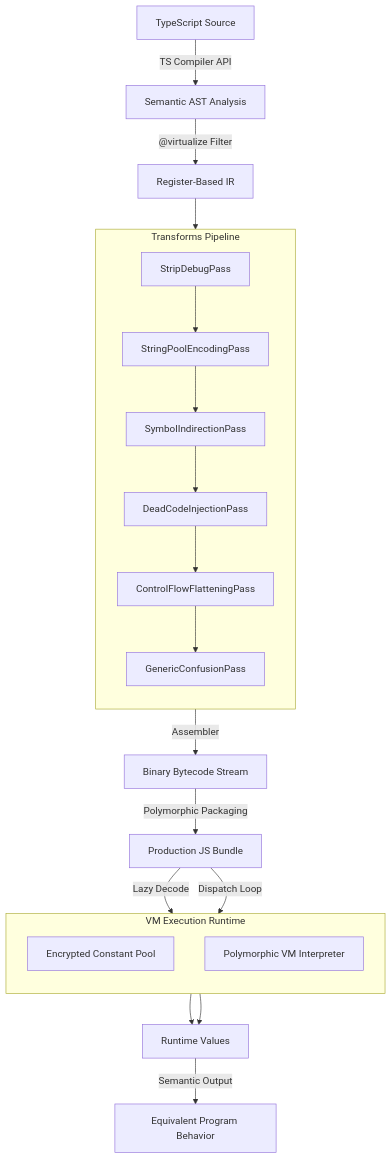
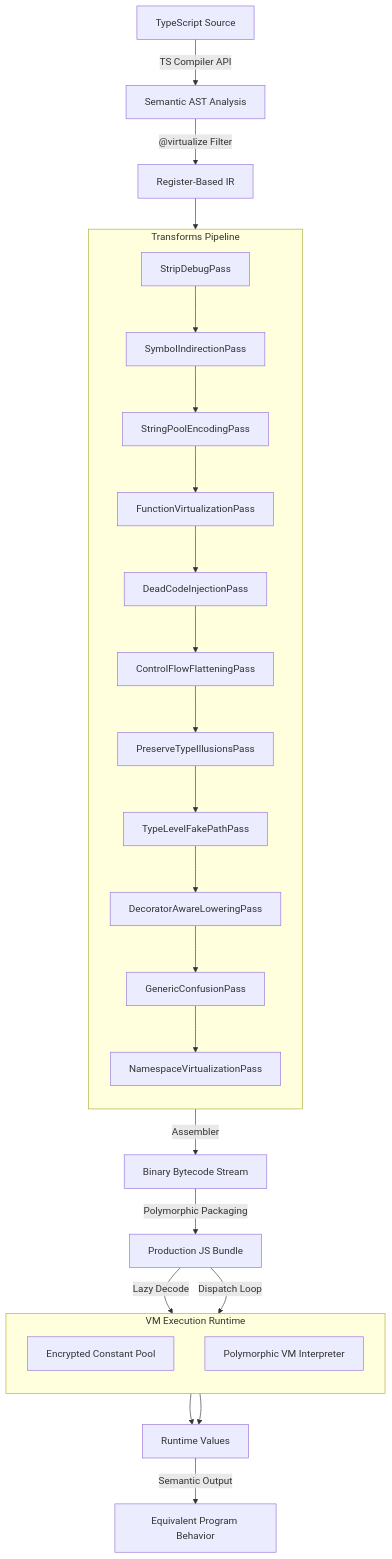
One commit to Tr0ngX/ts-vm-obfuscator changed the diagram in README.md. Above: the diagram before and after it, drawn with Mermaid. The commit also changed other lines of this file and 4 other files, not shown here.

First line of the commit message:
docs(architecture): update obfuscation pipeline and capabilities

````diff
--- a/README.md
+++ b/README.md
@@ -91,39 +91,49 @@
 ```mermaid
 graph TD
     A["TypeScript Source"] -->|"TS Compiler API"| B["Semantic AST Analysis"]
     B -->|"@virtualize Filter"| C["Register-Based IR"]
 
     subgraph T["Transforms Pipeline"]
         direction TB
         T1["StripDebugPass"]
-        T2["StringPoolEncodingPass"]
-        T3["SymbolIndirectionPass"]
-        T4["DeadCodeInjectionPass"]
-        T5["ControlFlowFlatteningPass"]
-        T6["GenericConfusionPass"]
+        T2["SymbolIndirectionPass"]
+        T3["StringPoolEncodingPass"]
+        T4["FunctionVirtualizationPass"]
+        T5["DeadCodeInjectionPass"]
+        T6["ControlFlowFlatteningPass"]
+        T7["PreserveTypeIllusionsPass"]
+        T8["TypeLevelFakePathPass"]
+        T9["DecoratorAwareLoweringPass"]
+        T10["GenericConfusionPass"]
+        T11["NamespaceVirtualizationPass"]
     end
     
     C --> T1
     T1 --> T2
     T2 --> T3
     T3 --> T4
     T4 --> T5
     T5 --> T6
+    T6 --> T7
+    T7 --> T8
+    T8 --> T9
+    T9 --> T10
+    T10 --> T11
 
-    T6 -->|"Assembler"| G["Binary Bytecode Stream"]
+    T11 -->|"Assembler"| G["Binary Bytecode Stream"]
     G -->|"Polymorphic Packaging"| H["Production JS Bundle"]
 
     subgraph R["VM Execution Runtime"]
         direction TB
         R1["Encrypted Constant Pool"]
         R2["Polymorphic VM Interpreter"]
     end
     
     H -->|"Lazy Decode"| R1
     H -->|"Dispatch Loop"| R2
     
     R1 --> K["Runtime Values"]
     R2 --> K
 
     K -->|"Semantic Output"| L["Equivalent Program Behavior"]
 ```
````
